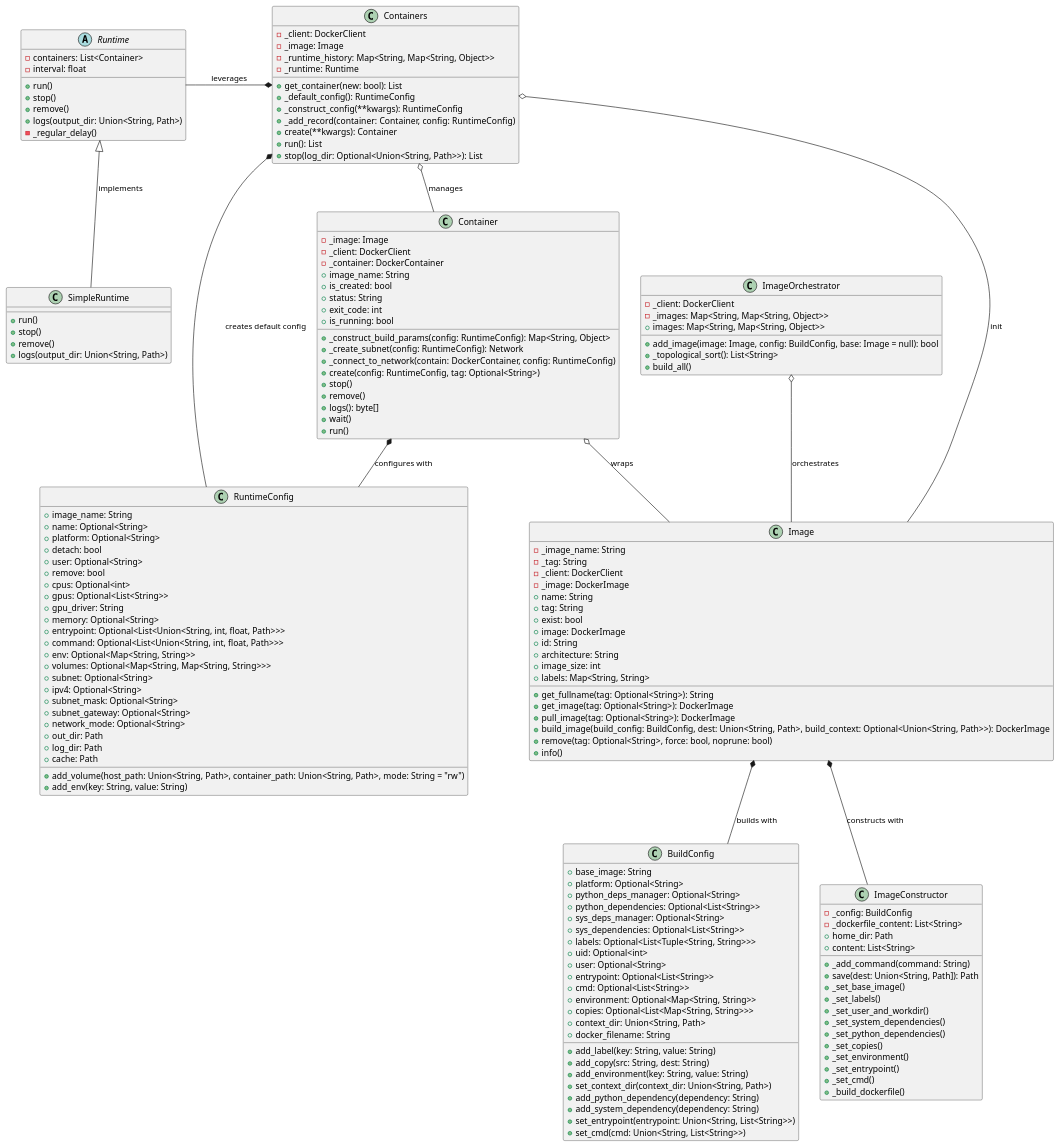
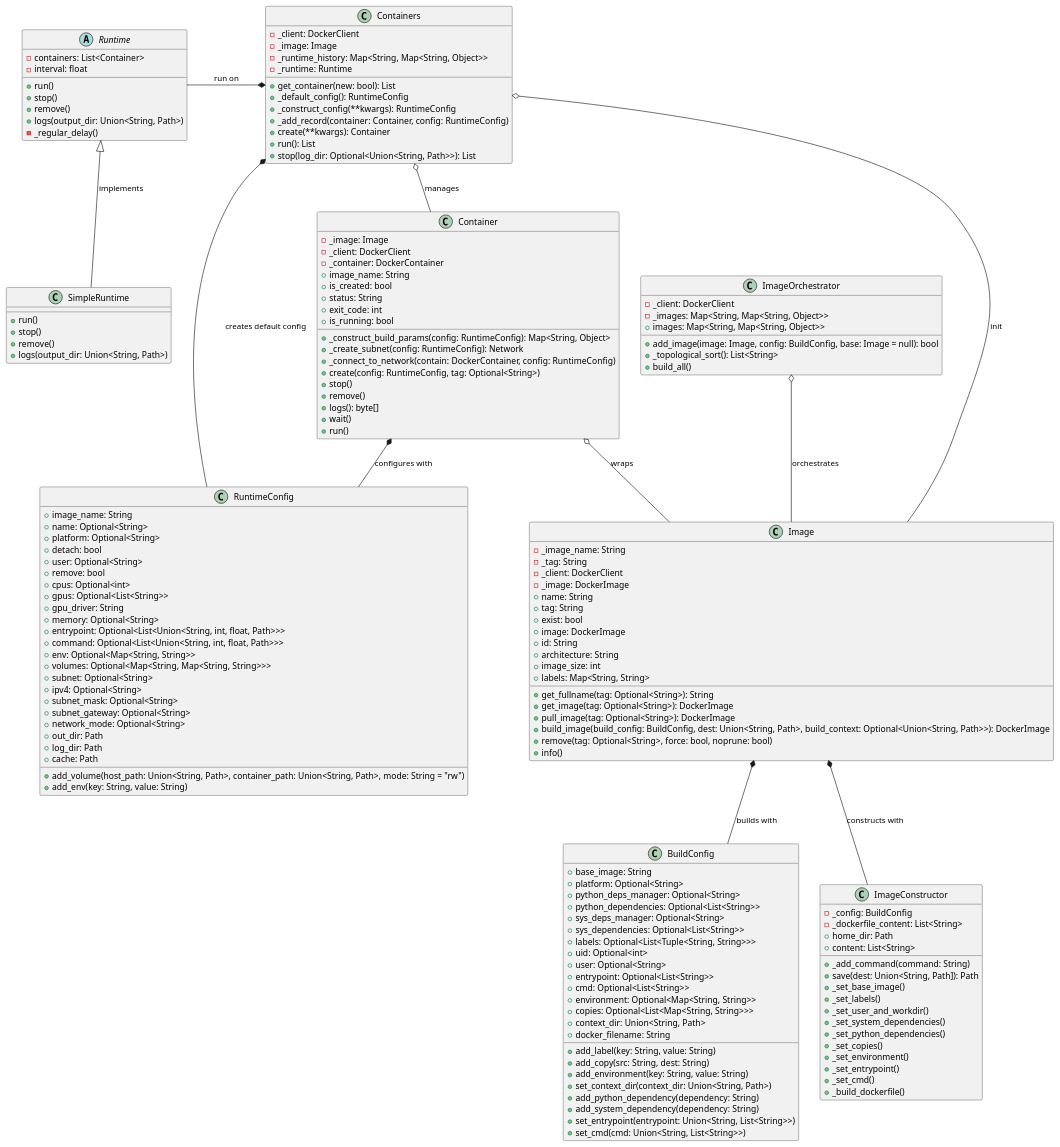
One commit to stone-home/Python-URes changed the diagram in docs/PlantUML/class-docker.puml. Above: the diagram before and after it, drawn with PlantUML.

Commit message:
doc(docker): update working for docker.puml

```diff
--- a/docs/PlantUML/class-docker.puml
+++ b/docs/PlantUML/class-docker.puml
@@ -201,7 +201,6 @@
 Containers o-- Image : init
 Containers o-- Container : manages
 Containers *-- RuntimeConfig : creates default config
-Containers *-l- Runtime : leverages
-
+Containers *-l- Runtime : run on
 
 @enduml
```
